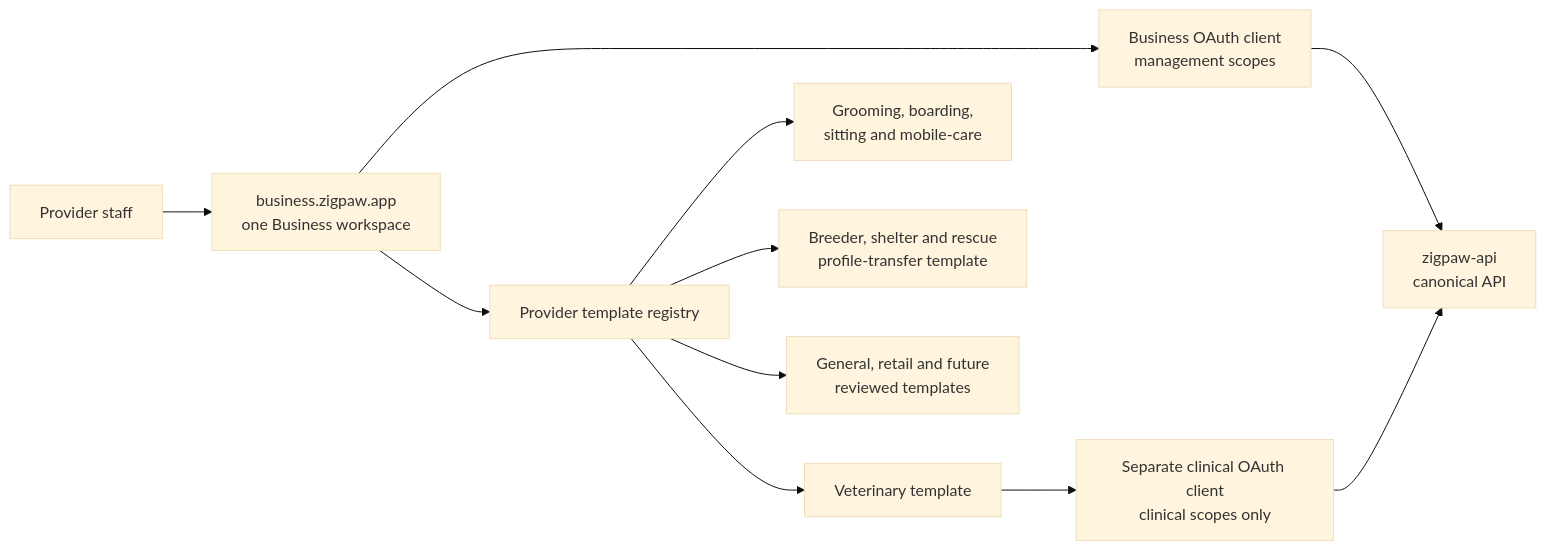
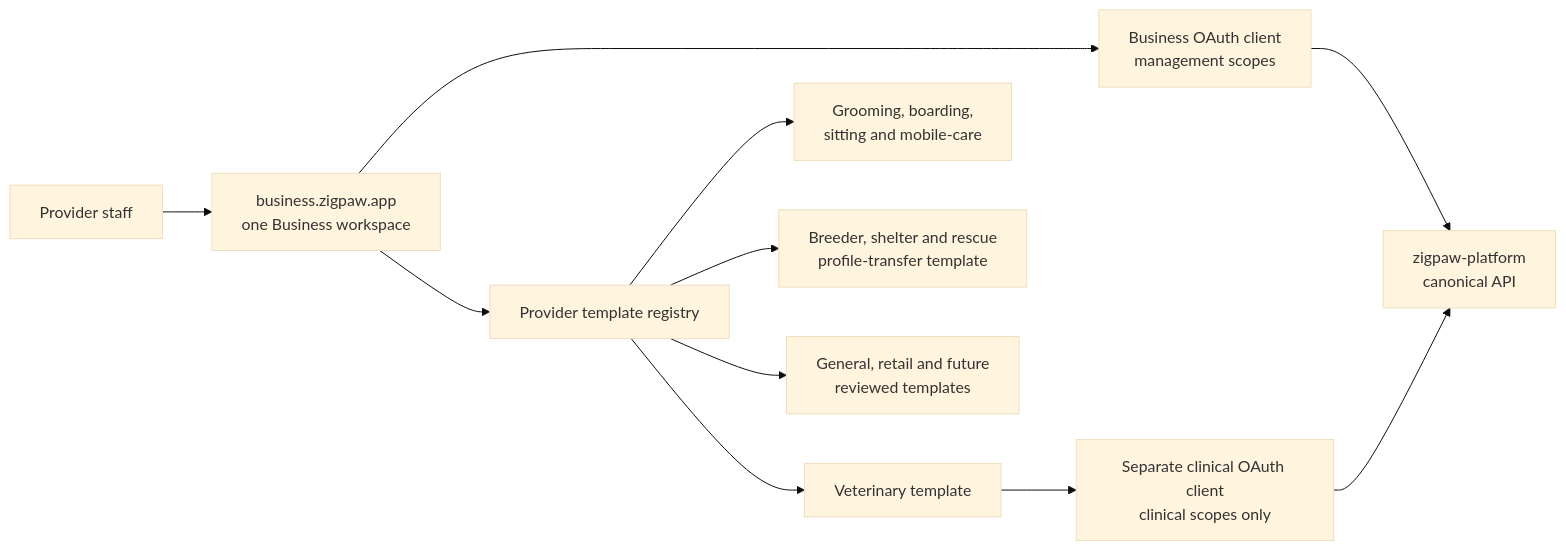
Before and after one commit to boreanis/zigpaw-business: the first of 4 diagrams in README.md, drawn with Mermaid (base theme). The commit also changed other lines of this file and 81 other files, not shown here.

````diff
--- a/README.md
+++ b/README.md
@@ -19,13 +19,13 @@
 ```mermaid
 flowchart LR
     User["Provider staff"] --> Workspace["business.zigpaw.app<br/>one Business workspace"]
     Workspace --> Registry["Provider template registry"]
     Registry --> Vet["Veterinary template"]
     Registry --> Care["Grooming, boarding,<br/>sitting and mobile-care"]
     Registry --> Transfer["Breeder, shelter and rescue<br/>profile-transfer template"]
     Registry --> General["General, retail and future<br/>reviewed templates"]
     Workspace --> Management["Business OAuth client<br/>management scopes"]
     Vet --> Clinical["Separate clinical OAuth client<br/>clinical scopes only"]
-    Management --> API["zigpaw-api<br/>canonical API"]
+    Management --> API["zigpaw-platform<br/>canonical API"]
     Clinical --> API
 ```
````
